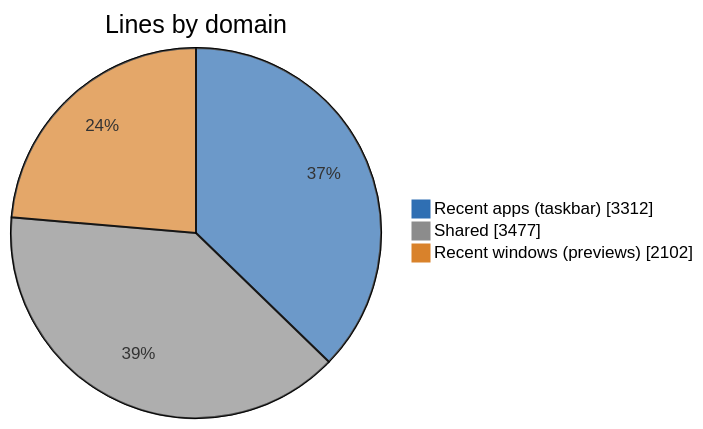
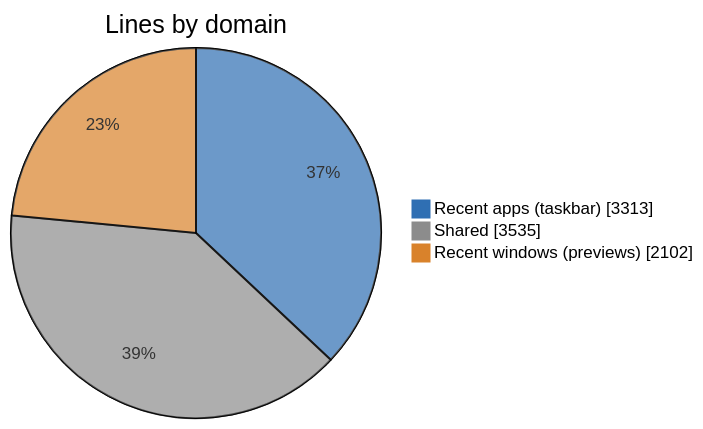
One commit to jvlasek/taskbar-recent-focus-highlight changed the first of 5 diagrams in doc/code/code-breakdown.md. Above: the diagram before and after it, drawn with Mermaid. The commit also changed other lines of this file and 10 other files, not shown here.

````diff
--- a/doc/code/code-breakdown.md
+++ b/doc/code/code-breakdown.md
@@ -15,7 +15,7 @@
 ```mermaid
 %%{init: {"themeVariables": {"pie1": "#2F6FB3", "pie2": "#8C8C8C", "pie3": "#D9822B", "pieOuterStrokeWidth": "1px"}}}%%
 pie showData title Lines by domain
-    "Recent apps (taskbar)" : 3312
-    "Shared" : 3477
+    "Recent apps (taskbar)" : 3313
+    "Shared" : 3535
     "Recent windows (previews)" : 2102
 ```
````
